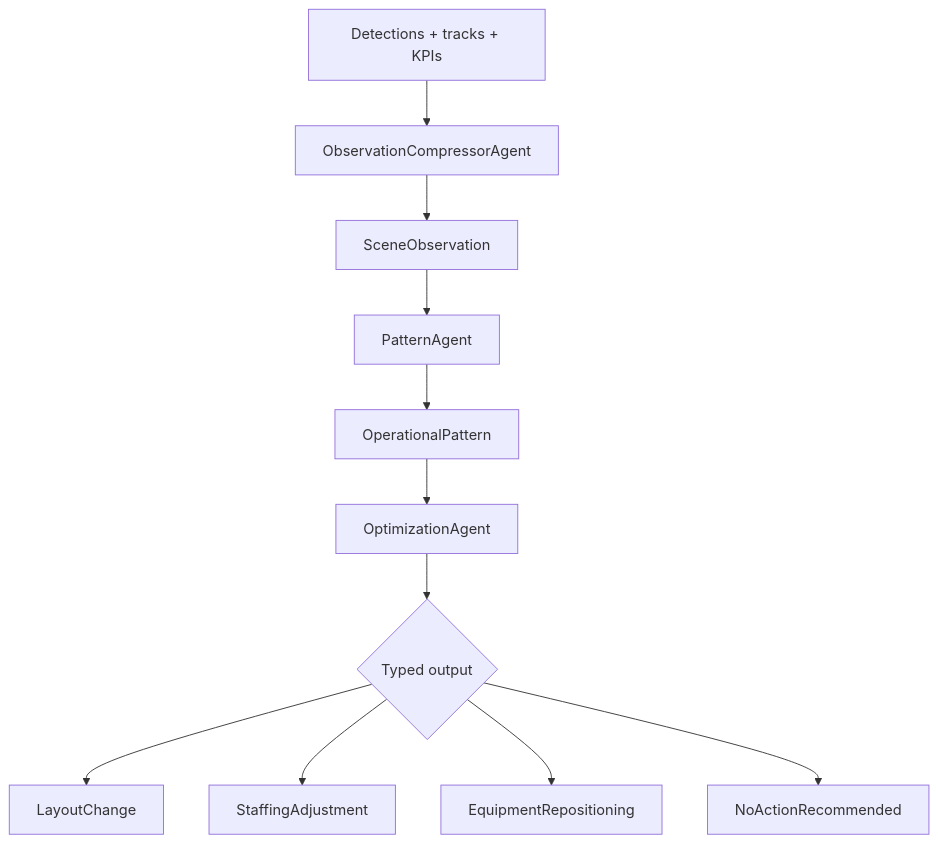
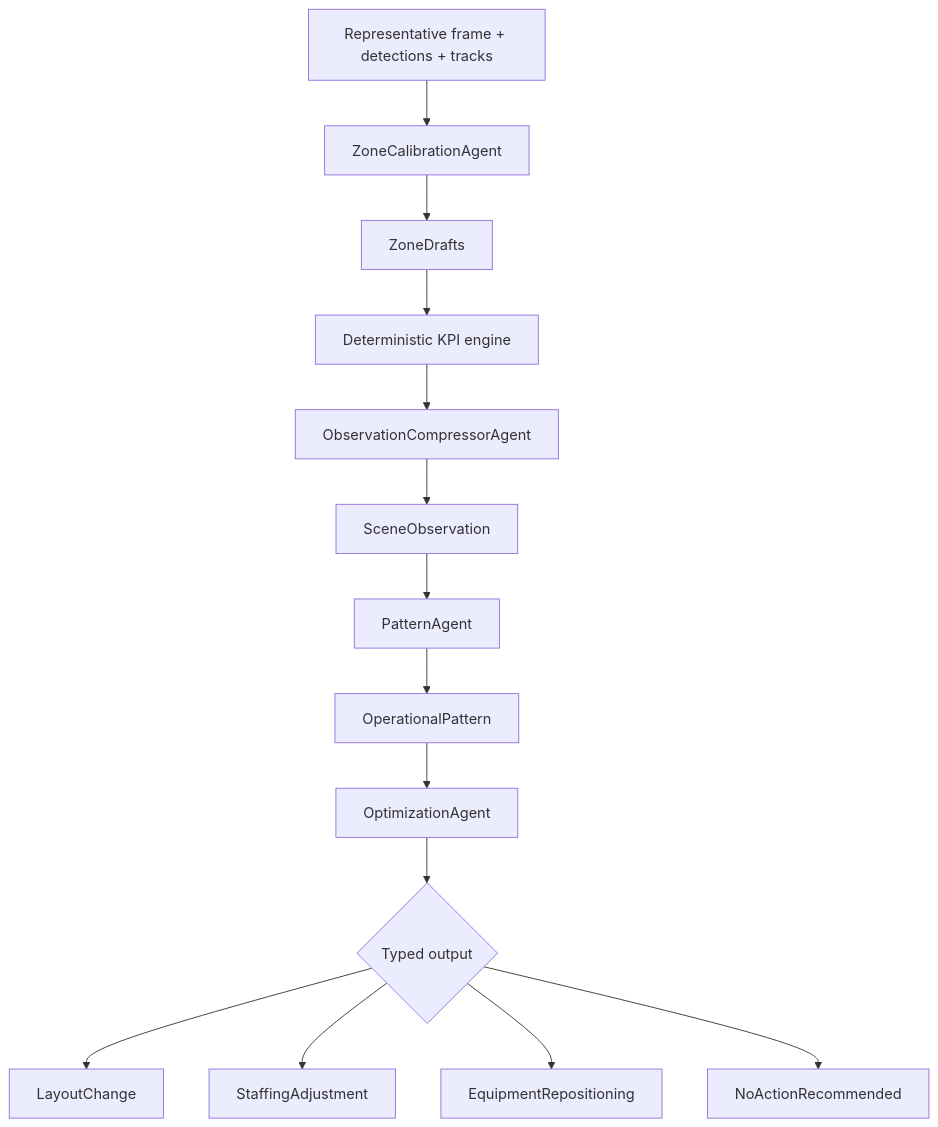
Before and after one commit to alexzh3/londonhack: the fourth of 4 diagrams in overview_plan.md, drawn with Mermaid. The commit also changed other lines of this file and 4 other files, not shown here.

````diff
--- a/overview_plan.md
+++ b/overview_plan.md
@@ -169,13 +175,16 @@
 ```mermaid
 flowchart TD
-    A[Detections + tracks + KPIs] --> B[ObservationCompressorAgent]
-    B --> C[SceneObservation]
-    C --> D[PatternAgent]
-    D --> E[OperationalPattern]
-    E --> F[OptimizationAgent]
-    F --> G{Typed output}
-    G --> H[LayoutChange]
-    G --> I[StaffingAdjustment]
-    G --> J[EquipmentRepositioning]
-    G --> K[NoActionRecommended]
+    A[Representative frame + detections + tracks] --> B[ZoneCalibrationAgent]
+    B --> C[ZoneDrafts]
+    C --> D[Deterministic KPI engine]
+    D --> E[ObservationCompressorAgent]
+    E --> F[SceneObservation]
+    F --> G[PatternAgent]
+    G --> H[OperationalPattern]
+    H --> I[OptimizationAgent]
+    I --> J{Typed output}
+    J --> K[LayoutChange]
+    J --> L[StaffingAdjustment]
+    J --> N[EquipmentRepositioning]
+    J --> O[NoActionRecommended]
 ```
````
